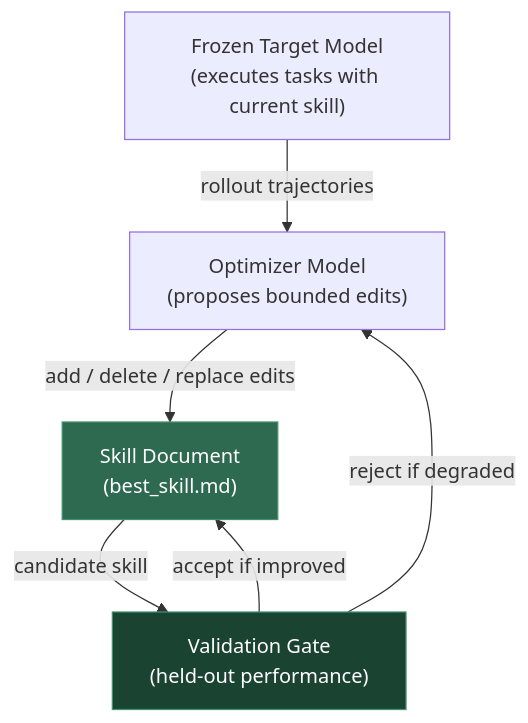
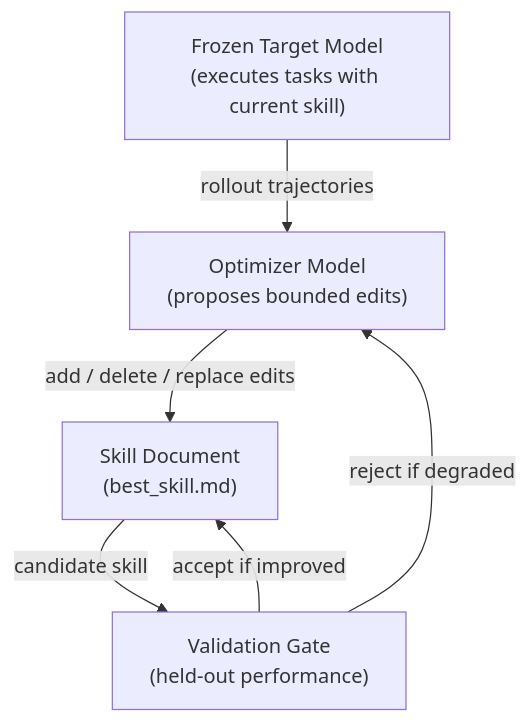
Before and after one commit to sdelrio/golden-forest: the first of 2 diagrams in docs/Develop-Code/AI-Development/Skills/skillopt.md, drawn with Mermaid. The commit also changed 19 other files, not shown here.

First line of the commit message:
feat(theme): add ink plate mermaid diagrams (#377)

````diff
--- a/docs/Develop-Code/AI-Development/Skills/skillopt.md
+++ b/docs/Develop-Code/AI-Development/Skills/skillopt.md
@@ -30,16 +30,15 @@
 ```mermaid
 flowchart TB
     Target["Frozen Target Model<br/>(executes tasks with current skill)"]
     Optimizer["Optimizer Model<br/>(proposes bounded edits)"]
     Skill["Skill Document<br/>(best_skill.md)"]
     Gate["Validation Gate<br/>(held-out performance)"]
 
     Target -->|"rollout trajectories"| Optimizer
     Optimizer -->|"add / delete / replace edits"| Skill
     Skill -->|"candidate skill"| Gate
     Gate -->|"accept if improved"| Skill
     Gate -->|"reject if degraded"| Optimizer
 
-    style Skill fill:#2d6a4f,stroke:#40916c,color:#fff
-    style Gate fill:#1b4332,stroke:#40916c,color:#fff
+    class Skill highlight
 ```
````
